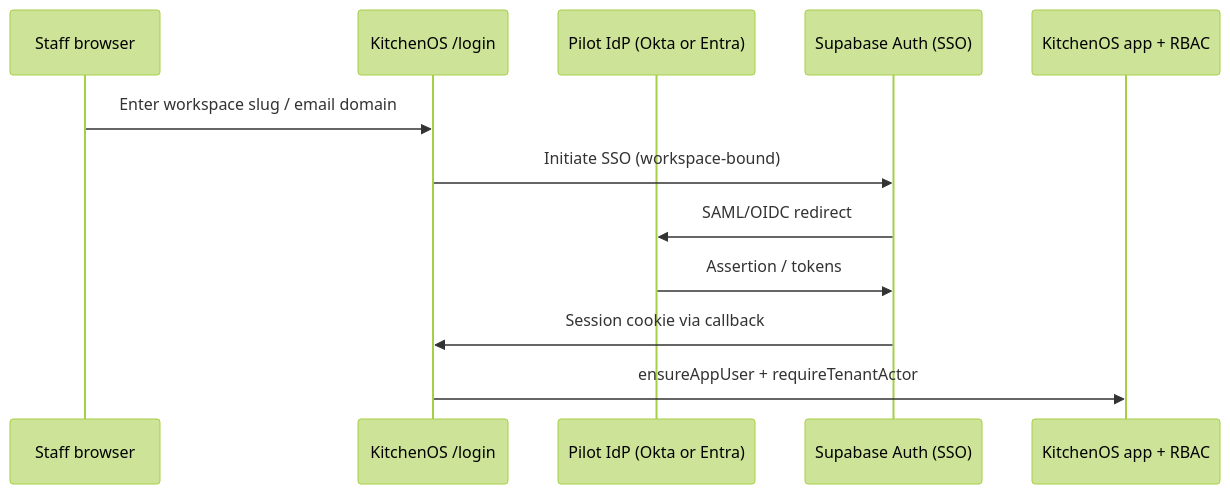
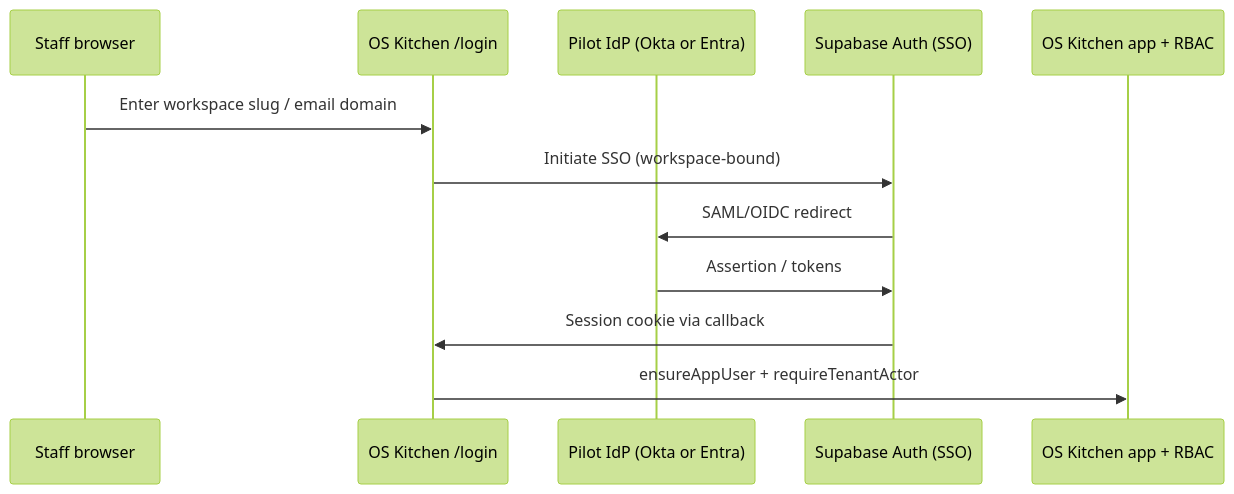
Before and after one commit to dmytromorozmtl/oskitchen: the diagram in docs/enterprise-sso-r2-pilot-design.md, drawn with Mermaid (forest theme). The commit also changed other lines of this file and 529 other files, not shown here.

````diff
--- a/docs/enterprise-sso-r2-pilot-design.md
+++ b/docs/enterprise-sso-r2-pilot-design.md
@@ -77,15 +77,15 @@
 ```mermaid
 sequenceDiagram
   participant User as Staff browser
-  participant KOS as KitchenOS /login
+  participant KOS as OS Kitchen /login
   participant IdP as Pilot IdP (Okta or Entra)
   participant Supa as Supabase Auth (SSO)
-  participant App as KitchenOS app + RBAC
+  participant App as OS Kitchen app + RBAC
 
   User->>KOS: Enter workspace slug / email domain
   KOS->>Supa: Initiate SSO (workspace-bound)
   Supa->>IdP: SAML/OIDC redirect
   IdP->>Supa: Assertion / tokens
   Supa->>KOS: Session cookie via callback
   KOS->>App: ensureAppUser + requireTenantActor
 ```
````
